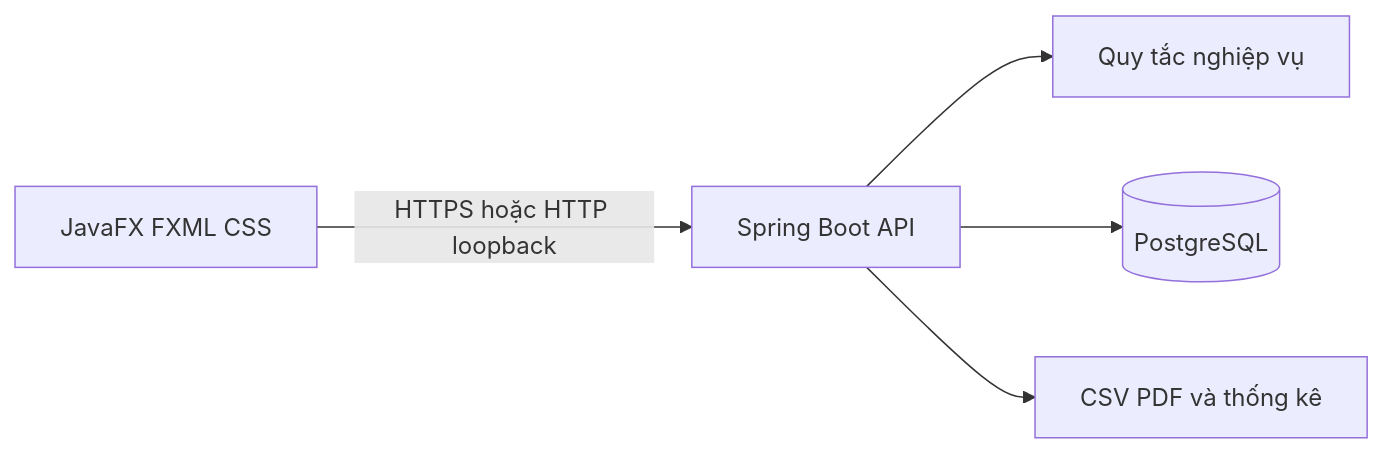
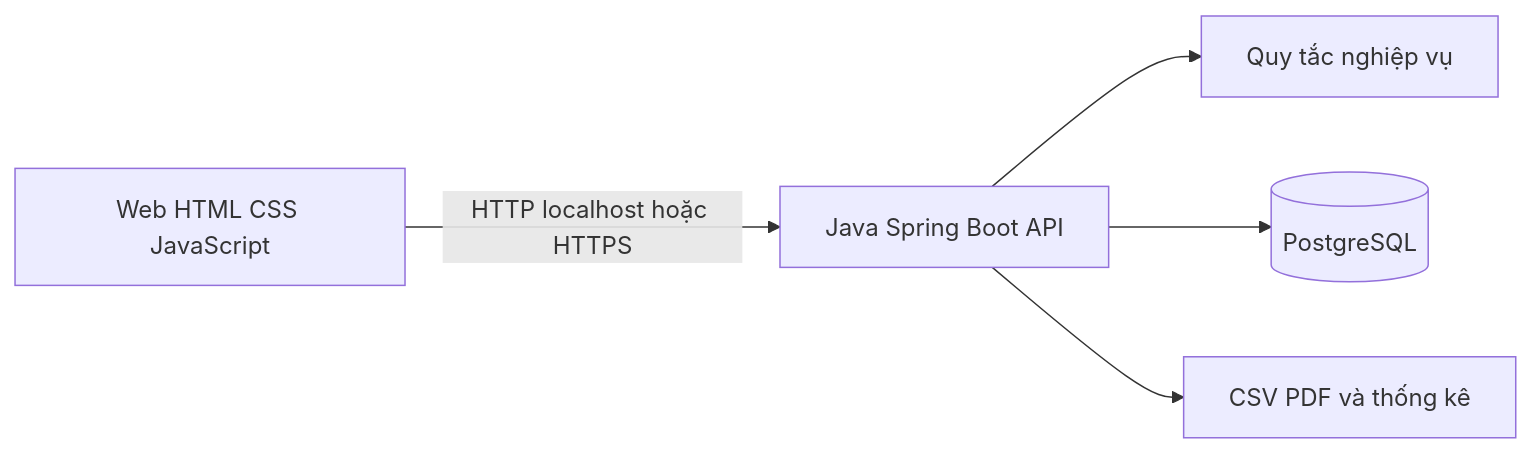
Before and after one commit to BoyTay/BankingApp: the diagram in docs/architecture.md, drawn with Mermaid. The commit also changed other lines of this file and 24 other files, not shown here.

````diff
--- a/docs/architecture.md
+++ b/docs/architecture.md
@@ -13,7 +13,7 @@
 ```mermaid
 flowchart LR
-    UI[JavaFX FXML CSS] -->|HTTPS hoặc HTTP loopback| API[Spring Boot API]
+    UI[Web HTML CSS JavaScript] -->|HTTP localhost hoặc HTTPS| API[Java Spring Boot API]
     API --> Domain[Quy tắc nghiệp vụ]
     API --> DB[(PostgreSQL)]
     API --> Reports[CSV PDF và thống kê]
 ```
````
